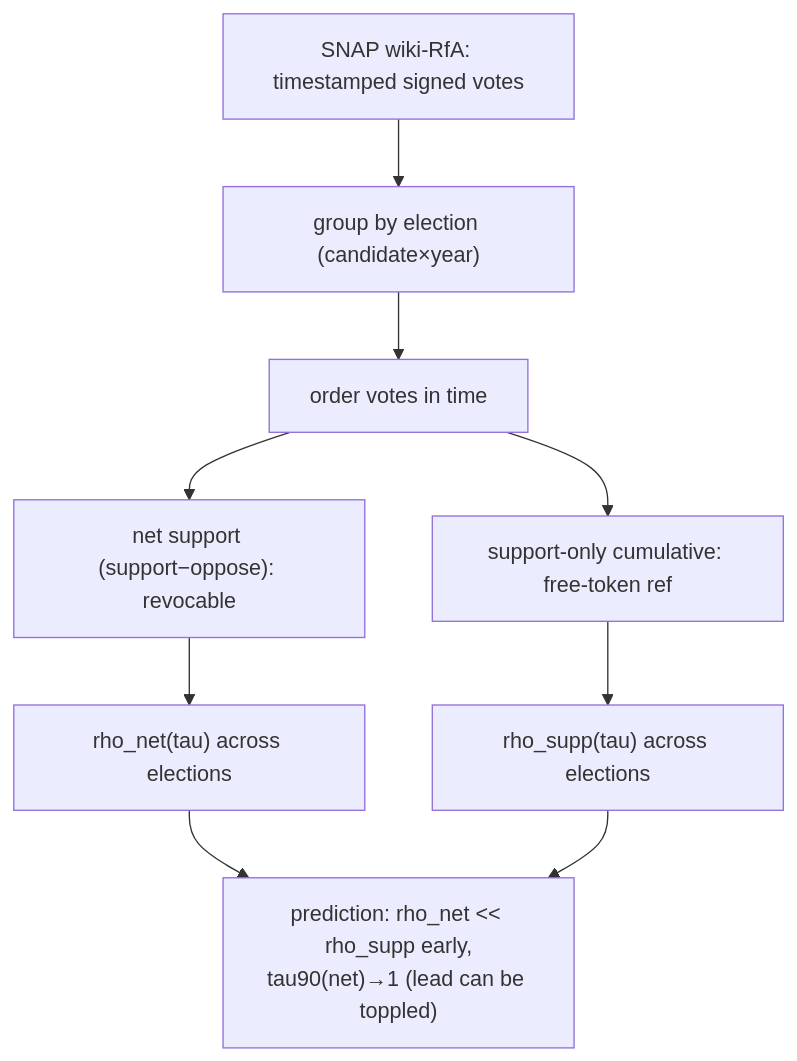
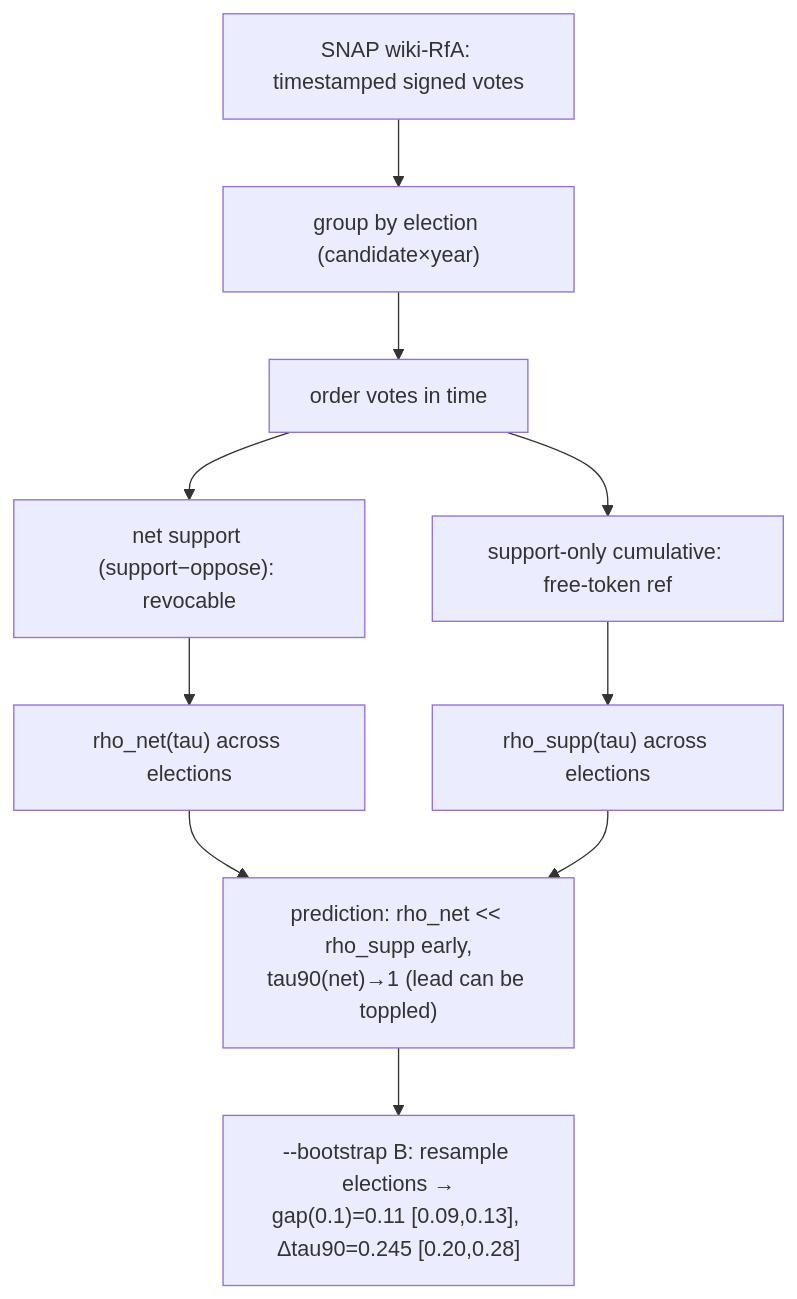
Before and after one commit to dkrse/symmetry-breaking-amplifier: diagram 15 of 20 in scripts/ALGORITHMS_DIAGRAMS.md, drawn with Mermaid. The commit also changed other lines of this file and 5 other files, not shown here.

````diff
--- a/scripts/ALGORITHMS_DIAGRAMS.md
+++ b/scripts/ALGORITHMS_DIAGRAMS.md
@@ -220,10 +220,11 @@
 ```mermaid
 flowchart TD
     A["SNAP wiki-RfA: timestamped signed votes"] --> B["group by election (candidate×year)"]
     B --> C["order votes in time"]
     C --> D["net support (support−oppose): revocable"]
     C --> E["support-only cumulative: free-token ref"]
     D --> F["rho_net(tau) across elections"]
     E --> G["rho_supp(tau) across elections"]
     F & G --> H["prediction: rho_net << rho_supp early,<br/>tau90(net)→1 (lead can be toppled)"]
+    H --> I["--bootstrap B: resample elections →<br/>gap(0.1)=0.11 [0.09,0.13], Δtau90=0.245 [0.20,0.28]"]
 ```
````
